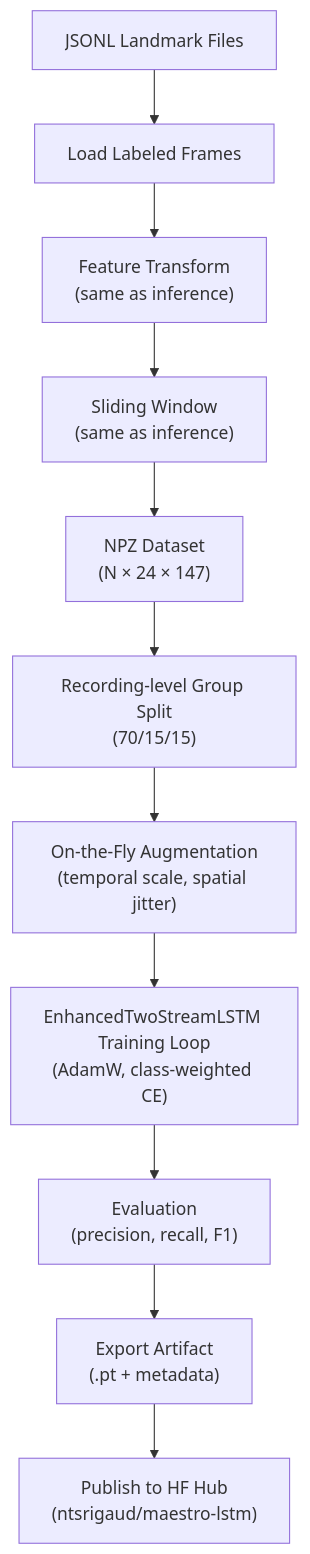
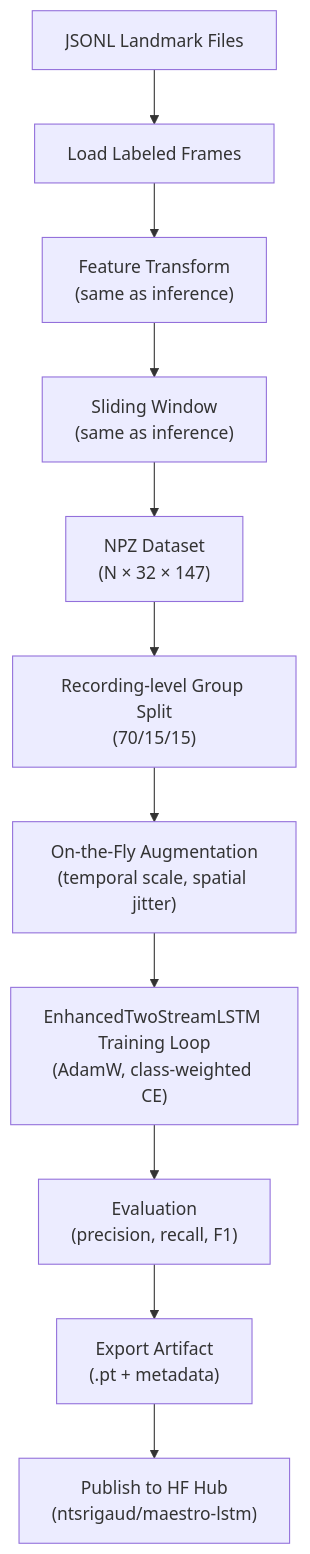
Before and after one commit to ntsrigaud/Maestro: the sixth of 6 diagrams in docs/architecture/process-view.md, drawn with Mermaid. The commit also changed other lines of this file and 10 other files, not shown here.

First line of the commit message:
docs: align architecture documentations with latest system state

````diff
--- a/docs/architecture/process-view.md
+++ b/docs/architecture/process-view.md
@@ -195,13 +194,13 @@
 ```mermaid
 graph TD
     JSONL["JSONL Landmark Files"] --> Load["Load Labeled Frames"]
     Load --> FeatTrain["Feature Transform<br/>(same as inference)"]
     FeatTrain --> Window["Sliding Window<br/>(same as inference)"]
-    Window --> NPZ["NPZ Dataset<br/>(N × 24 × 147)"]
+    Window --> NPZ["NPZ Dataset<br/>(N × 32 × 147)"]
     NPZ --> Split["Recording-level Group Split<br/>(70/15/15)"]
     Split --> Augment["On-the-Fly Augmentation<br/>(temporal scale, spatial jitter)"]
     Augment --> Train["EnhancedTwoStreamLSTM Training Loop<br/>(AdamW, class-weighted CE)"]
     Train --> Eval["Evaluation<br/>(precision, recall, F1)"]
     Eval --> Export["Export Artifact<br/>(.pt + metadata)"]
     Export --> HFHub["Publish to HF Hub<br/>(ntsrigaud/maestro-lstm)"]
 ```
````
